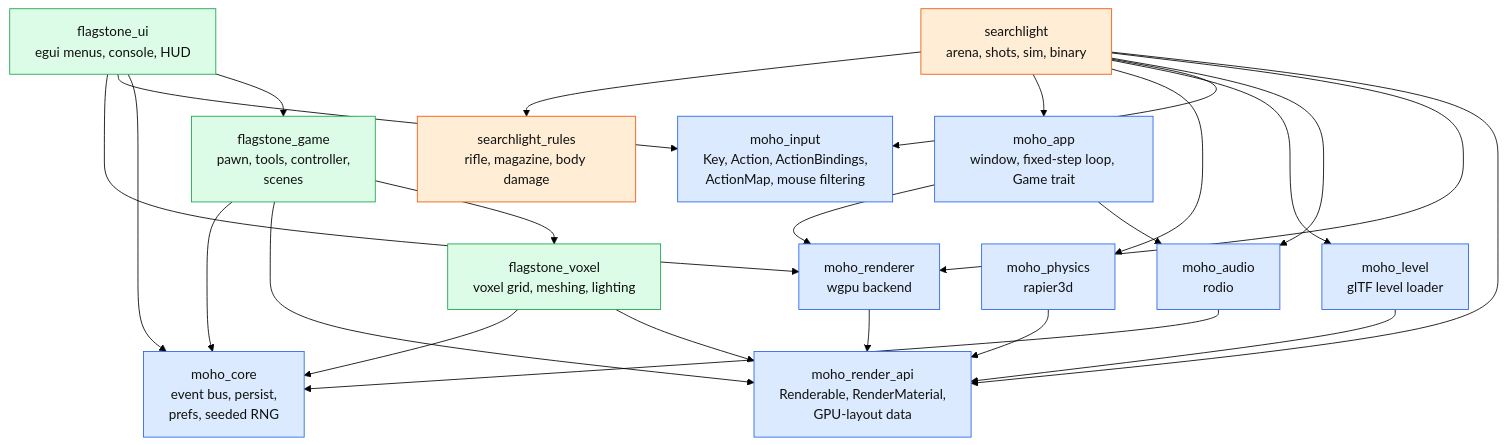
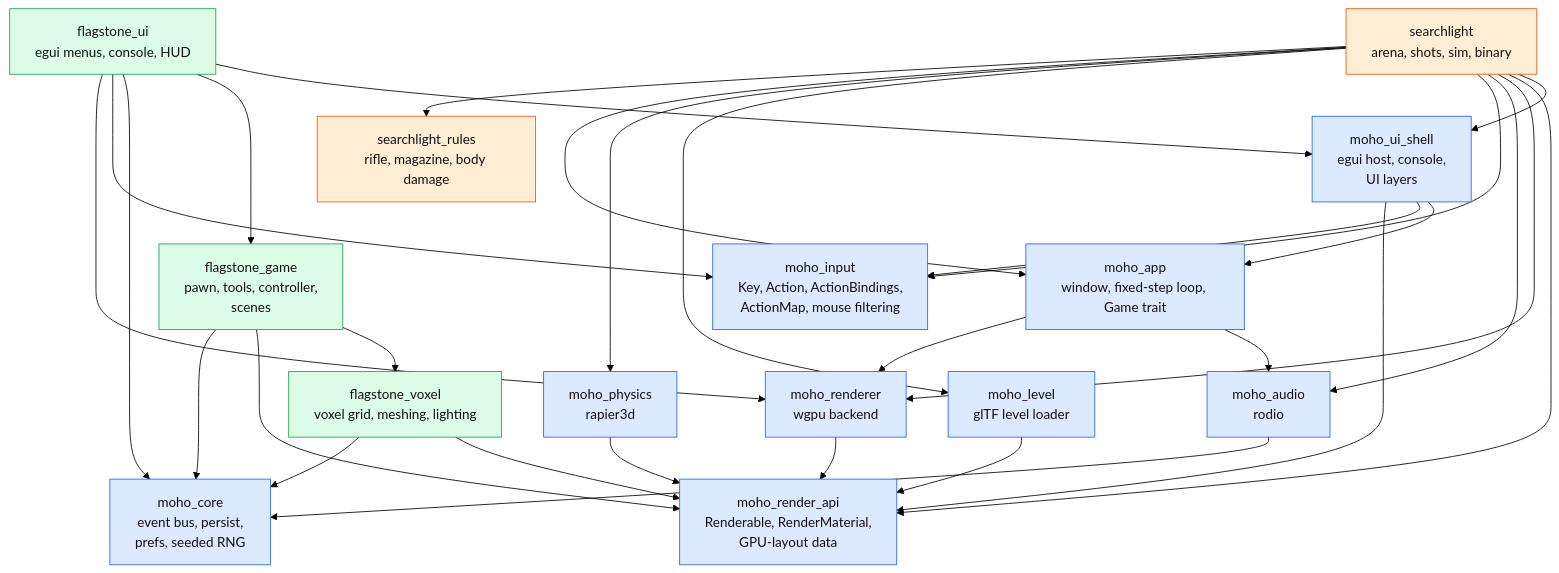
Before and after one commit to WrackedFella/moho: the first of 3 diagrams in wiki/architecture/overview.md, drawn with Mermaid (forest theme). The commit also changed other lines of this file and 31 other files, not shown here.

First line of the commit message:
feat(moho_ui_shell): the FPS opens an engine console and runs its commands (ENG-F18-05) (#413)

````diff
--- a/wiki/architecture/overview.md
+++ b/wiki/architecture/overview.md
@@ -17,31 +18,33 @@
 ```mermaid
 flowchart TD
     ui["flagstone_ui<br/>egui menus, console, HUD"]:::strategy
     game["flagstone_game<br/>pawn, tools, controller,<br/>scenes"]:::strategy
     voxel["flagstone_voxel<br/>voxel grid, meshing, lighting"]:::strategy
 
     renderer["moho_renderer<br/>wgpu backend"]:::engine
     rapi["moho_render_api<br/>Renderable, RenderMaterial,<br/>GPU-layout data"]:::engine
     core["moho_core<br/>event bus, persist,<br/>prefs, seeded RNG"]:::engine
     audio["moho_audio<br/>rodio"]:::engine
     physics["moho_physics<br/>rapier3d"]:::engine
     input["moho_input<br/>Key, Action, ActionBindings,<br/>ActionMap, mouse filtering"]:::engine
     app["moho_app<br/>window, fixed-step loop, Game trait"]:::engine
     level["moho_level<br/>glTF level loader"]:::engine
+    shell["moho_ui_shell<br/>egui host, console,<br/>UI layers"]:::engine
     fps["searchlight_rules<br/>rifle, magazine, body damage"]:::fps
     fpsgame["searchlight<br/>arena, shots, sim, binary"]:::fps
 
-    ui --> renderer & input & core & game
+    ui --> renderer & input & core & game & shell
     game --> core & rapi & voxel
     voxel --> core & rapi
     renderer --> rapi
     app --> renderer & audio
     audio --> core
     physics --> rapi
     level --> rapi
-    fpsgame --> fps & app & physics & level & input & audio & renderer & rapi
+    shell --> rapi & input & app
+    fpsgame --> fps & app & physics & level & input & audio & renderer & rapi & shell
 
     classDef engine fill:#dbeafe,stroke:#2563eb,color:#111
     classDef strategy fill:#dcfce7,stroke:#16a34a,color:#111
     classDef fps fill:#ffedd5,stroke:#ea580c,color:#111
 ```
````
